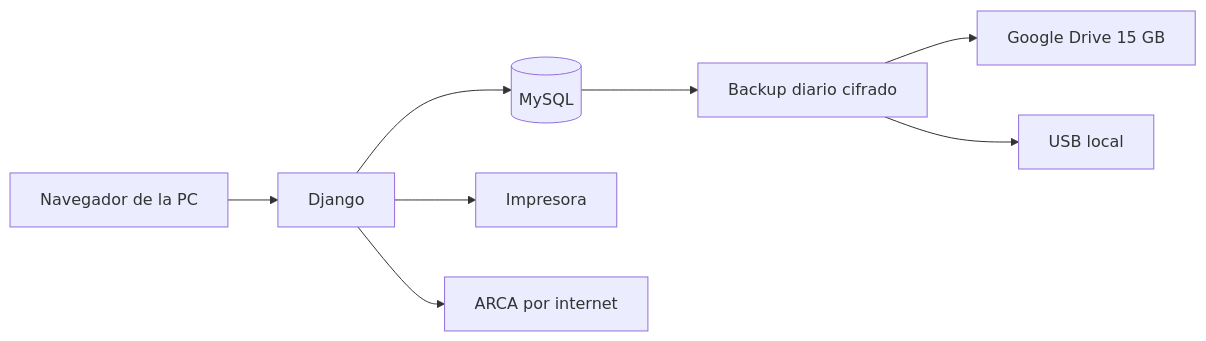
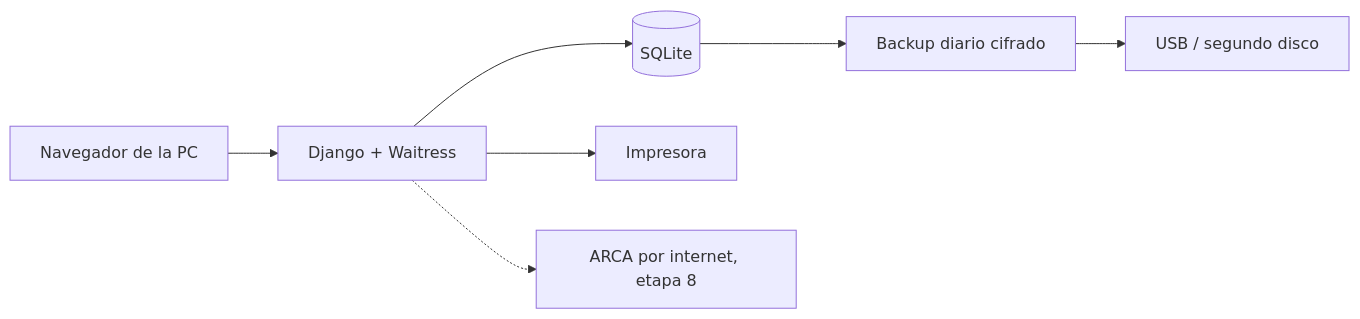
Before and after one commit to Amade0o/gmSolTec: the second of 2 diagrams in CLAUDE/DISEÑO/stack_tecnologico.md, drawn with Mermaid. The commit also changed other lines of this file and 10 other files, not shown here.

````diff
--- a/CLAUDE/DISEÑO/stack_tecnologico.md
+++ b/CLAUDE/DISEÑO/stack_tecnologico.md
@@ -201,10 +188,9 @@
 ```mermaid
 flowchart LR
-  B[Navegador de la PC] --> D[Django]
-  D --> M[(MySQL)]
+  B[Navegador de la PC] --> D[Django + Waitress]
+  D --> S[(SQLite)]
   D --> I[Impresora]
-  D --> A[ARCA por internet]
-  M --> K[Backup diario cifrado]
-  K --> G[Google Drive 15 GB]
-  K --> U[USB local]
+  D -.-> A[ARCA por internet, etapa 8]
+  S --> K[Backup diario cifrado]
+  K --> U[USB / segundo disco]
 ```
````
